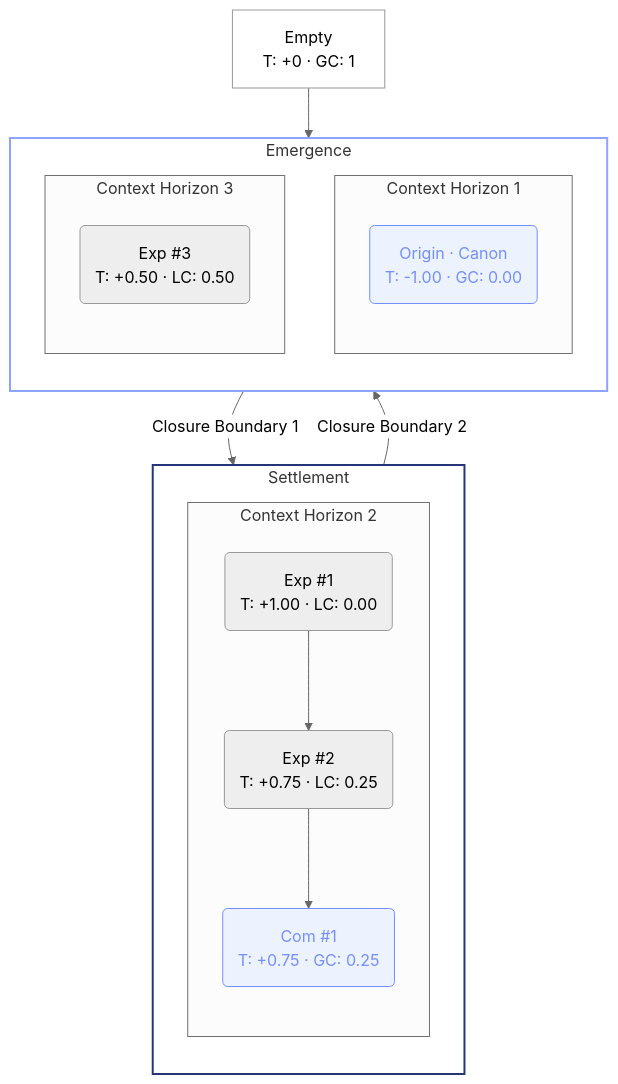
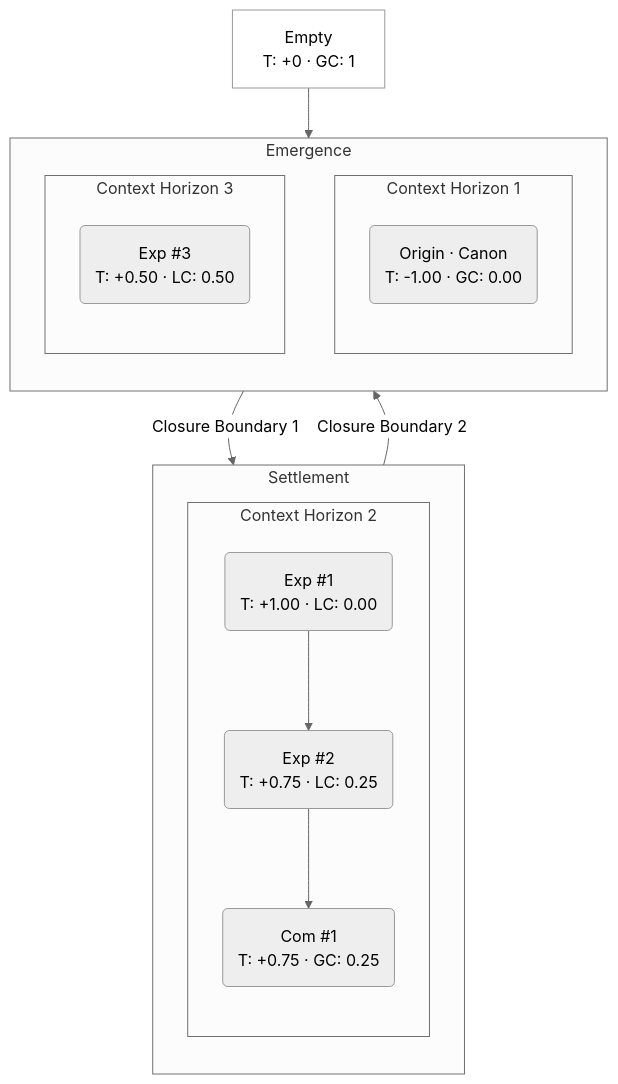
One commit to clairemira/miranova changed diagram 12 of 13 in content/commons.mdx. Above: the diagram before and after it, drawn with Mermaid. The commit also changed other lines of this file and 23 other files, not shown here.

Commit message:
Added dark mode support for mermaid nodes

````diff
--- a/content/commons.mdx
+++ b/content/commons.mdx
@@ -1181,55 +1112,51 @@
 ```mermaid
 ---
 config:
   flowchart:
     curve: basis
   theme: neutral
 ---
 flowchart TD
 
   EMPTY["Empty<br/>T: +0 · GC: 1"]
 
   subgraph S[Settlement]
     direction TB
 
     subgraph CH2["Context Horizon 2"]
         direction TB
 
         E1("Exp #1<br/>T: +1.00 · LC: 0.00")
         E2("Exp #2<br/>T: +0.75 · LC: 0.25")
         C1("Com #1<br/>T: +0.75 · GC: 0.25")
     end
   end
 
   subgraph E[Emergence]
     direction TB
 
     subgraph CH1["Context Horizon 1"]
         direction TB
 
         O("Origin · Canon<br/>T: -1.00 · GC: 0.00")
     end
 
     subgraph CH3["Context Horizon 3"]
         direction TB
 
         E3("Exp #3<br/>T: +0.50 · LC: 0.50")
     end
 
   end
 
   EMPTY --> O
   O -->|"Closure Boundary 1"| E1
   E1 --> E2
   E2 --> C1
   C1 -->|"Closure Boundary 2"| E3
 
-  classDef committalNode fill:#edf2ff,stroke:#748ffc,color:#748ffc
   classDef transNode fill:transparent
 
   class EMPTY transNode
-  class O,C1 committalNode
-
-  style E fill:transparent,stroke:#8ca3ff,stroke-width:2px
-  style S fill:transparent,stroke:#263578,stroke-width:2px
+  class O,C1 committal
 ```
````
